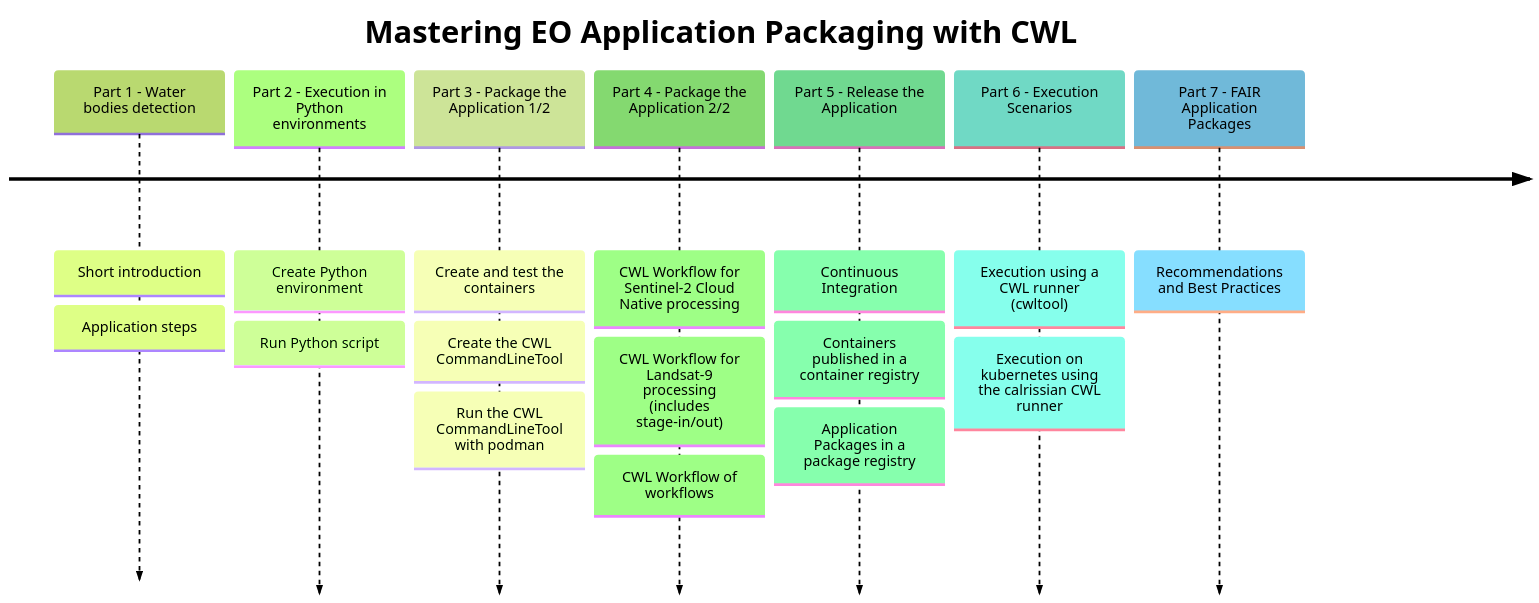
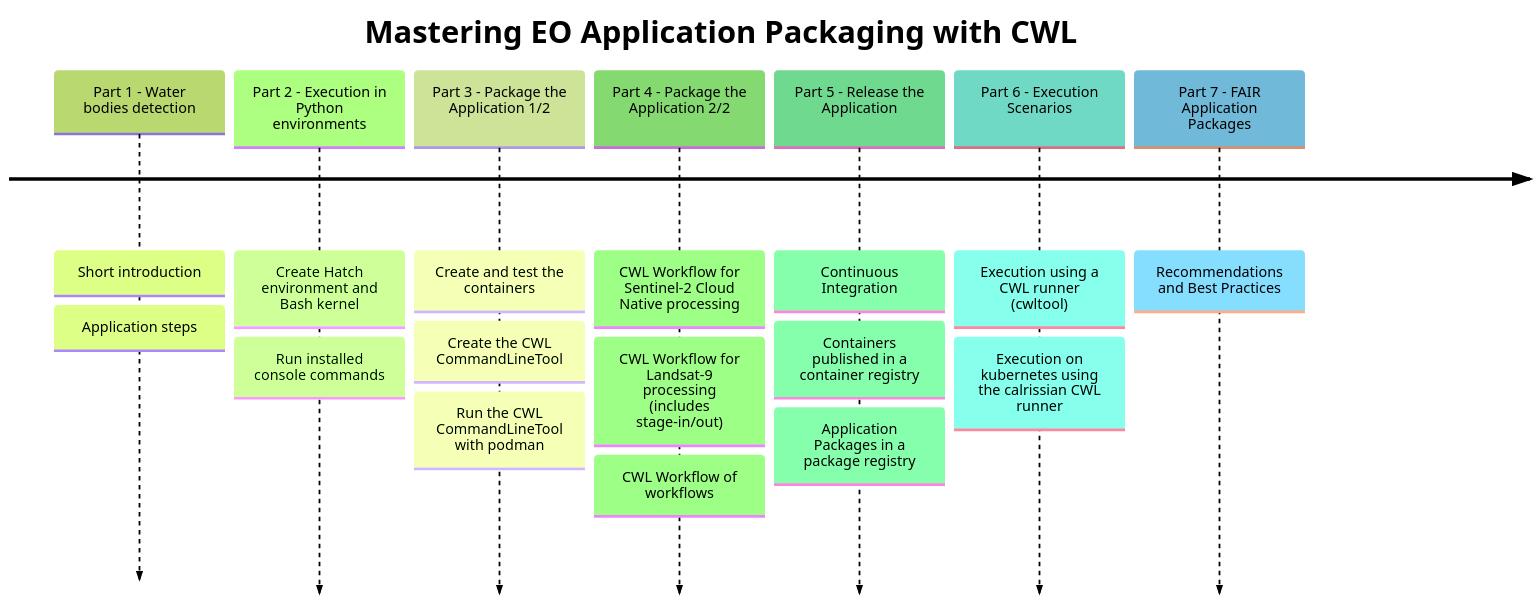
One commit to eoap/mastering-app-package changed the first of 2 diagrams in docs/index.md. Above: the diagram before and after it, drawn with Mermaid. The commit also changed other lines of this file and 21 other files, not shown here.

````diff
--- a/docs/index.md
+++ b/docs/index.md
@@ -38,28 +38,28 @@
 ``` mermaid
 %%{init: { 'logLevel': 'debug', 'theme': 'forest' } }%%
 timeline
 title Mastering EO Application Packaging with CWL
 Part 1 - Water bodies detection
-    : Short introduction 
+    : Short introduction
     : Application steps
 Part 2 - Execution in Python environments
-    : Create Python environment
-    : Run Python script 
+    : Create Hatch environment and Bash kernel
+    : Run installed console commands
 Part 3 - Package the Application 1/2
     : Create and test the containers
     : Create the CWL CommandLineTool
   : Run the CWL CommandLineTool with podman
 Part 4 - Package the Application 2/2
     : CWL Workflow for Sentinel-2 Cloud Native processing
     : CWL Workflow for Landsat-9 processing (includes stage-in/out)
-    : CWL Workflow of workflows 
+    : CWL Workflow of workflows
 Part 5 - Release the Application
     : Continuous Integration
     : Containers published in a container registry
     : Application Packages in a package registry
 Part 6 - Execution Scenarios
     : Execution using a CWL runner (cwltool)
     : Execution on kubernetes using the calrissian CWL runner
 Part 7 - FAIR Application Packages
     : Recommendations and Best Practices
 ```
````
